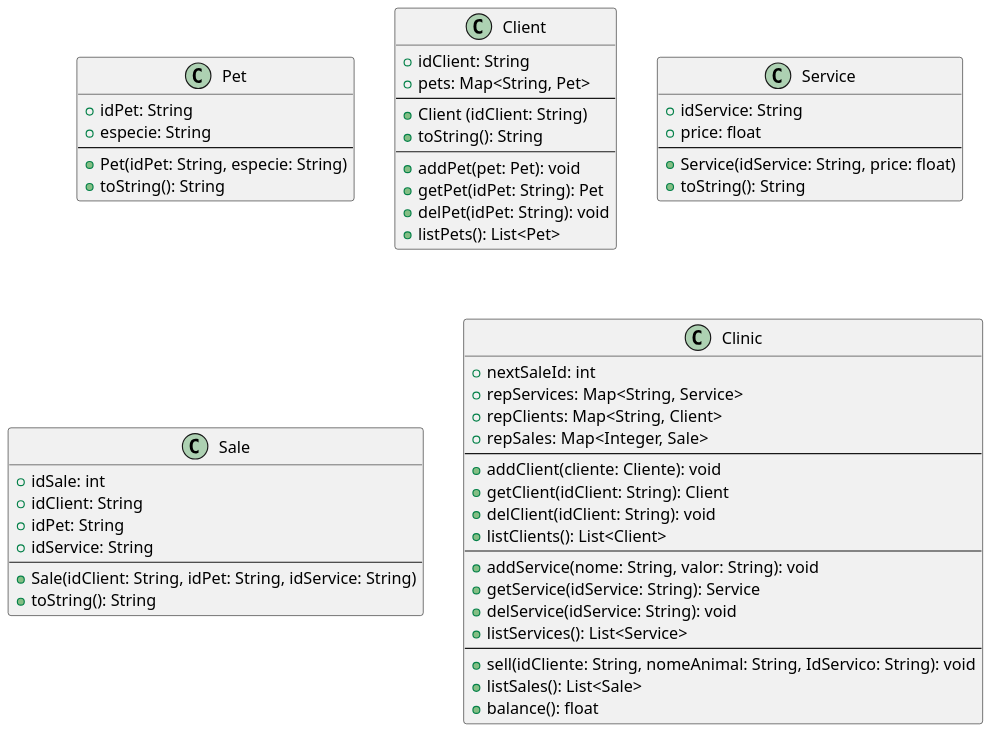
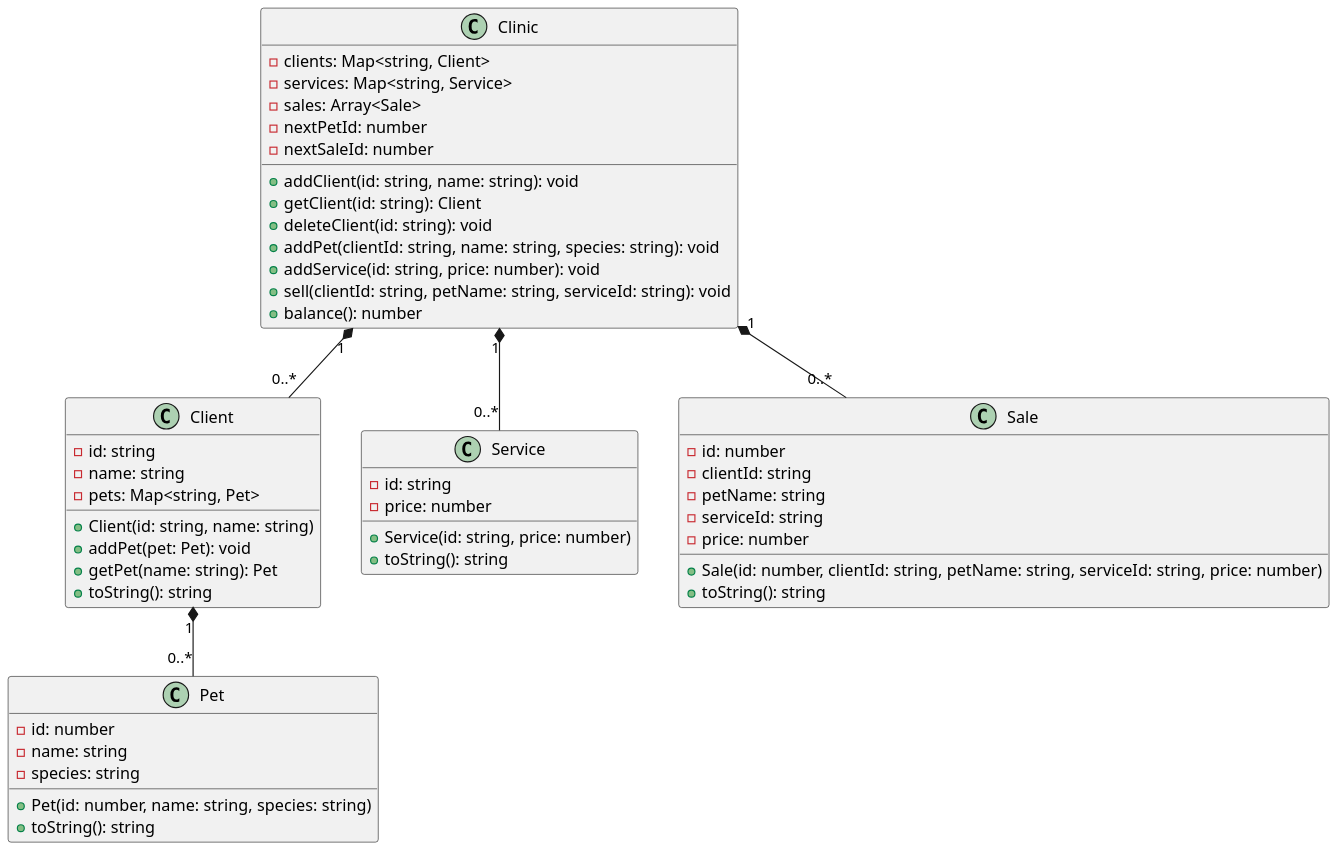
The diagram in labs/petshop/assets/diagrama.puml (qxcodepoo/arcade), drawn with PlantUML before and after one commit. The commit also changed 119 other files, not shown here.

```diff
--- a/labs/petshop/assets/diagrama.puml
+++ b/labs/petshop/assets/diagrama.puml
@@ -1,66 +1,66 @@
 @startuml
 
 skinparam defaultFontName "Source Code Pro"
 skinparam dpi 150
 
-
 class Pet {
-+ idPet: String
-+ especie: String
---
-+ Pet(idPet: String, especie: String)
-+ toString(): String
+  - id: number
+  - name: string
+  - species: string
+  __
+  + Pet(id: number, name: string, species: string)
+  + toString(): string
 }
 
 class Client {
-+ idClient: String
-+ pets: Map<String, Pet>
---
-+ Client (idClient: String)
-+ toString(): String
---
-+ addPet(pet: Pet): void
-+ getPet(idPet: String): Pet
-+ delPet(idPet: String): void
-+ listPets(): List<Pet>
+  - id: string
+  - name: string
+  - pets: Map<string, Pet>
+  __
+  + Client(id: string, name: string)
+  + addPet(pet: Pet): void
+  + getPet(name: string): Pet
+  + toString(): string
 }
 
 class Service {
-+ idService: String
-+ price: float
---
-+ Service(idService: String, price: float)
-+ toString(): String
+  - id: string
+  - price: number
+  __
+  + Service(id: string, price: number)
+  + toString(): string
 }
 
 class Sale {
-+ idSale: int
-+ idClient: String
-+ idPet: String
-+ idService: String
---
-+ Sale(idClient: String, idPet: String, idService: String)
-+ toString(): String
+  - id: number
+  - clientId: string
+  - petName: string
+  - serviceId: string
+  - price: number
+  __
+  + Sale(id: number, clientId: string, petName: string, serviceId: string, price: number)
+  + toString(): string
 }
 
 class Clinic {
-+ nextSaleId: int
-+ repServices: Map<String, Service>
-+ repClients: Map<String, Client>
-+ repSales: Map<Integer, Sale>
---
-+ addClient(cliente: Cliente): void
-+ getClient(idClient: String): Client
-+ delClient(idClient: String): void
-+ listClients(): List<Client>
---
-+ addService(nome: String, valor: String): void
-+ getService(idService: String): Service
-+ delService(idService: String): void
-+ listServices(): List<Service>
---
-+ sell(idCliente: String, nomeAnimal: String, IdServico: String): void
-+ listSales(): List<Sale>
-+ balance(): float
+  - clients: Map<string, Client>
+  - services: Map<string, Service>
+  - sales: Array<Sale>
+  - nextPetId: number
+  - nextSaleId: number
+  __
+  + addClient(id: string, name: string): void
+  + getClient(id: string): Client
+  + deleteClient(id: string): void
+  + addPet(clientId: string, name: string, species: string): void
+  + addService(id: string, price: number): void
+  + sell(clientId: string, petName: string, serviceId: string): void
+  + balance(): number
 }
+
+Client "1" *-- "0..*" Pet
+Clinic "1" *-- "0..*" Client
+Clinic "1" *-- "0..*" Service
+Clinic "1" *-- "0..*" Sale
+
 @enduml
```
